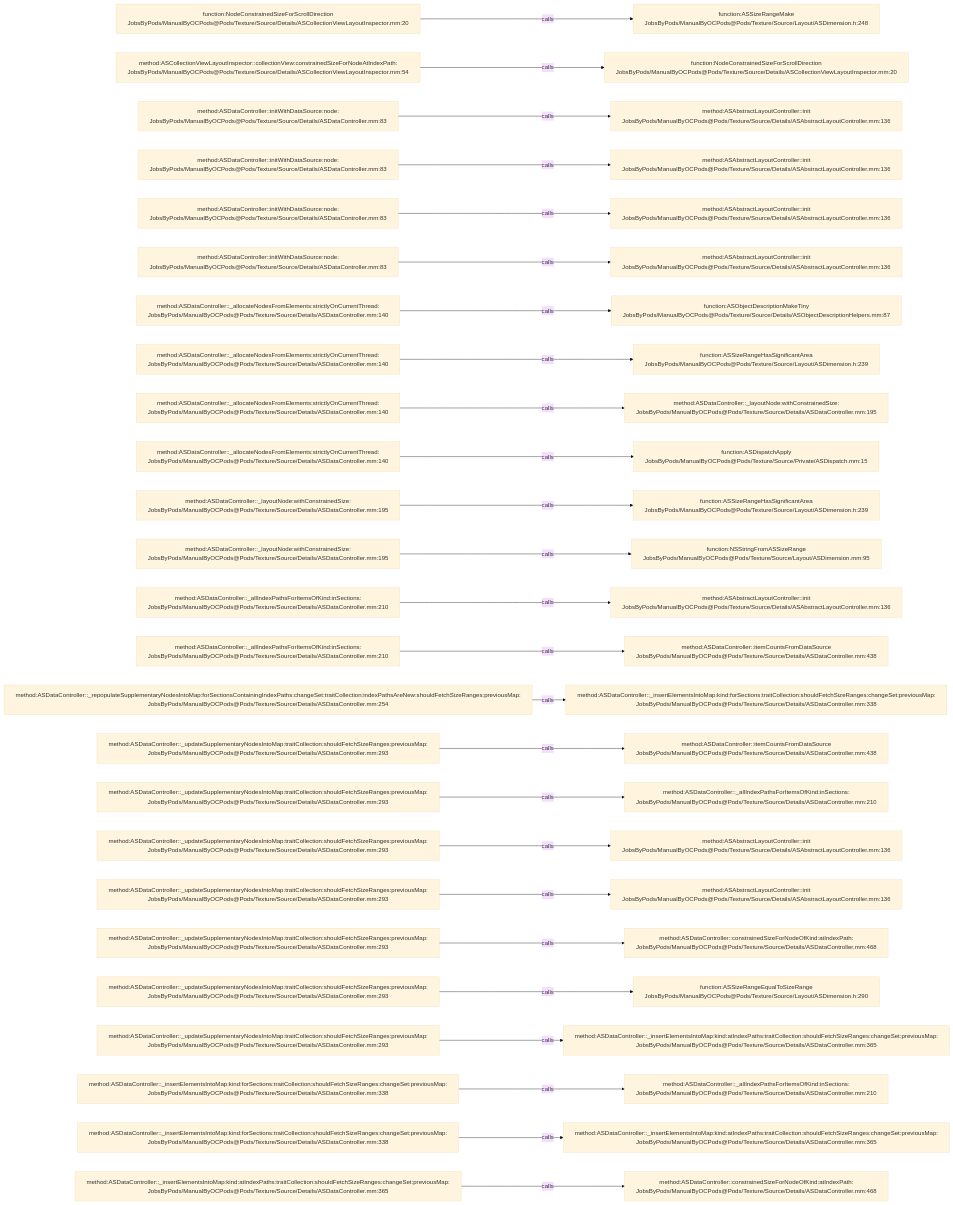
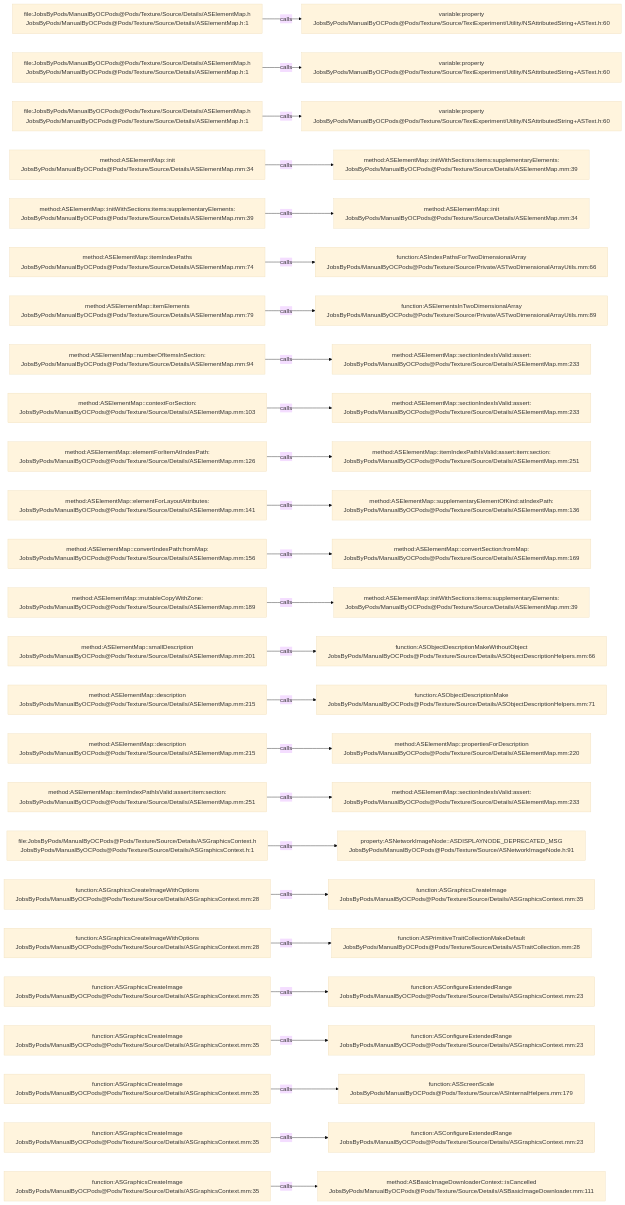
One commit to JobsKits/JobsOCBaseConfigDemo changed the diagram in .codegraph/codegraph.md/graphs/calls-155.md. Above: the diagram before and after it, drawn with Mermaid (base theme). The commit also changed 1353 other files, not shown here.

````diff
--- a/.codegraph/codegraph.md/graphs/calls-155.md
+++ b/.codegraph/codegraph.md/graphs/calls-155.md
@@ -13,78 +13,78 @@
 ```mermaid
 flowchart LR
-  S1["function:NodeConstrainedSizeForScrollDirection<br/>JobsByPods/ManualByOCPods@Pods/Texture/Source/Details/ASCollectionViewLayoutInspector.mm:20"]
-  T1["function:ASSizeRangeMake<br/>JobsByPods/ManualByOCPods@Pods/Texture/Source/Layout/ASDimension.h:248"]
+  S1["file:JobsByPods/ManualByOCPods@Pods/Texture/Source/Details/ASElementMap.h<br/>JobsByPods/ManualByOCPods@Pods/Texture/Source/Details/ASElementMap.h:1"]
+  T1["variable:property<br/>JobsByPods/ManualByOCPods@Pods/Texture/Source/TextExperiment/Utility/NSAttributedString+ASText.h:60"]
   S1 -->|calls| T1
-  S2["method:ASCollectionViewLayoutInspector::collectionView:constrainedSizeForNodeAtIndexPath:<br/>JobsByPods/ManualByOCPods@Pods/Texture/Source/Details/ASCollectionViewLayoutInspector.mm:54"]
-  T2["function:NodeConstrainedSizeForScrollDirection<br/>JobsByPods/ManualByOCPods@Pods/Texture/Source/Details/ASCollectionViewLayoutInspector.mm:20"]
+  S2["file:JobsByPods/ManualByOCPods@Pods/Texture/Source/Details/ASElementMap.h<br/>JobsByPods/ManualByOCPods@Pods/Texture/Source/Details/ASElementMap.h:1"]
+  T2["variable:property<br/>JobsByPods/ManualByOCPods@Pods/Texture/Source/TextExperiment/Utility/NSAttributedString+ASText.h:60"]
   S2 -->|calls| T2
-  S3["method:ASDataController::initWithDataSource:node:<br/>JobsByPods/ManualByOCPods@Pods/Texture/Source/Details/ASDataController.mm:83"]
-  T3["method:ASAbstractLayoutController::init<br/>JobsByPods/ManualByOCPods@Pods/Texture/Source/Details/ASAbstractLayoutController.mm:136"]
+  S3["file:JobsByPods/ManualByOCPods@Pods/Texture/Source/Details/ASElementMap.h<br/>JobsByPods/ManualByOCPods@Pods/Texture/Source/Details/ASElementMap.h:1"]
+  T3["variable:property<br/>JobsByPods/ManualByOCPods@Pods/Texture/Source/TextExperiment/Utility/NSAttributedString+ASText.h:60"]
   S3 -->|calls| T3
-  S4["method:ASDataController::initWithDataSource:node:<br/>JobsByPods/ManualByOCPods@Pods/Texture/Source/Details/ASDataController.mm:83"]
-  T4["method:ASAbstractLayoutController::init<br/>JobsByPods/ManualByOCPods@Pods/Texture/Source/Details/ASAbstractLayoutController.mm:136"]
+  S4["method:ASElementMap::init<br/>JobsByPods/ManualByOCPods@Pods/Texture/Source/Details/ASElementMap.mm:34"]
+  T4["method:ASElementMap::initWithSections:items:supplementaryElements:<br/>JobsByPods/ManualByOCPods@Pods/Texture/Source/Details/ASElementMap.mm:39"]
   S4 -->|calls| T4
-  S5["method:ASDataController::initWithDataSource:node:<br/>JobsByPods/ManualByOCPods@Pods/Texture/Source/Details/ASDataController.mm:83"]
-  T5["method:ASAbstractLayoutController::init<br/>JobsByPods/ManualByOCPods@Pods/Texture/Source/Details/ASAbstractLayoutController.mm:136"]
+  S5["method:ASElementMap::initWithSections:items:supplementaryElements:<br/>JobsByPods/ManualByOCPods@Pods/Texture/Source/Details/ASElementMap.mm:39"]
+  T5["method:ASElementMap::init<br/>JobsByPods/ManualByOCPods@Pods/Texture/Source/Details/ASElementMap.mm:34"]
   S5 -->|calls| T5
-  S6["method:ASDataController::initWithDataSource:node:<br/>JobsByPods/ManualByOCPods@Pods/Texture/Source/Details/ASDataController.mm:83"]
-  T6["method:ASAbstractLayoutController::init<br/>JobsByPods/ManualByOCPods@Pods/Texture/Source/Details/ASAbstractLayoutController.mm:136"]
+  S6["method:ASElementMap::itemIndexPaths<br/>JobsByPods/ManualByOCPods@Pods/Texture/Source/Details/ASElementMap.mm:74"]
+  T6["function:ASIndexPathsForTwoDimensionalArray<br/>JobsByPods/ManualByOCPods@Pods/Texture/Source/Private/ASTwoDimensionalArrayUtils.mm:66"]
   S6 -->|calls| T6
-  S7["method:ASDataController::_allocateNodesFromElements:strictlyOnCurrentThread:<br/>JobsByPods/ManualByOCPods@Pods/Texture/Source/Details/ASDataController.mm:140"]
-  T7["function:ASObjectDescriptionMakeTiny<br/>JobsByPods/ManualByOCPods@Pods/Texture/Source/Details/ASObjectDescriptionHelpers.mm:87"]
+  S7["method:ASElementMap::itemElements<br/>JobsByPods/ManualByOCPods@Pods/Texture/Source/Details/ASElementMap.mm:79"]
+  T7["function:ASElementsInTwoDimensionalArray<br/>JobsByPods/ManualByOCPods@Pods/Texture/Source/Private/ASTwoDimensionalArrayUtils.mm:89"]
   S7 -->|calls| T7
-  S8["method:ASDataController::_allocateNodesFromElements:strictlyOnCurrentThread:<br/>JobsByPods/ManualByOCPods@Pods/Texture/Source/Details/ASDataController.mm:140"]
-  T8["function:ASSizeRangeHasSignificantArea<br/>JobsByPods/ManualByOCPods@Pods/Texture/Source/Layout/ASDimension.h:239"]
+  S8["method:ASElementMap::numberOfItemsInSection:<br/>JobsByPods/ManualByOCPods@Pods/Texture/Source/Details/ASElementMap.mm:94"]
+  T8["method:ASElementMap::sectionIndexIsValid:assert:<br/>JobsByPods/ManualByOCPods@Pods/Texture/Source/Details/ASElementMap.mm:233"]
   S8 -->|calls| T8
-  S9["method:ASDataController::_allocateNodesFromElements:strictlyOnCurrentThread:<br/>JobsByPods/ManualByOCPods@Pods/Texture/Source/Details/ASDataController.mm:140"]
-  T9["method:ASDataController::_layoutNode:withConstrainedSize:<br/>JobsByPods/ManualByOCPods@Pods/Texture/Source/Details/ASDataController.mm:195"]
+  S9["method:ASElementMap::contextForSection:<br/>JobsByPods/ManualByOCPods@Pods/Texture/Source/Details/ASElementMap.mm:103"]
+  T9["method:ASElementMap::sectionIndexIsValid:assert:<br/>JobsByPods/ManualByOCPods@Pods/Texture/Source/Details/ASElementMap.mm:233"]
   S9 -->|calls| T9
-  S10["method:ASDataController::_allocateNodesFromElements:strictlyOnCurrentThread:<br/>JobsByPods/ManualByOCPods@Pods/Texture/Source/Details/ASDataController.mm:140"]
-  T10["function:ASDispatchApply<br/>JobsByPods/ManualByOCPods@Pods/Texture/Source/Private/ASDispatch.mm:15"]
+  S10["method:ASElementMap::elementForItemAtIndexPath:<br/>JobsByPods/ManualByOCPods@Pods/Texture/Source/Details/ASElementMap.mm:126"]
+  T10["method:ASElementMap::itemIndexPathIsValid:assert:item:section:<br/>JobsByPods/ManualByOCPods@Pods/Texture/Source/Details/ASElementMap.mm:251"]
   S10 -->|calls| T10
-  S11["method:ASDataController::_layoutNode:withConstrainedSize:<br/>JobsByPods/ManualByOCPods@Pods/Texture/Source/Details/ASDataController.mm:195"]
-  T11["function:ASSizeRangeHasSignificantArea<br/>JobsByPods/ManualByOCPods@Pods/Texture/Source/Layout/ASDimension.h:239"]
+  S11["method:ASElementMap::elementForLayoutAttributes:<br/>JobsByPods/ManualByOCPods@Pods/Texture/Source/Details/ASElementMap.mm:141"]
+  T11["method:ASElementMap::supplementaryElementOfKind:atIndexPath:<br/>JobsByPods/ManualByOCPods@Pods/Texture/Source/Details/ASElementMap.mm:136"]
   S11 -->|calls| T11
-  S12["method:ASDataController::_layoutNode:withConstrainedSize:<br/>JobsByPods/ManualByOCPods@Pods/Texture/Source/Details/ASDataController.mm:195"]
-  T12["function:NSStringFromASSizeRange<br/>JobsByPods/ManualByOCPods@Pods/Texture/Source/Layout/ASDimension.mm:95"]
+  S12["method:ASElementMap::convertIndexPath:fromMap:<br/>JobsByPods/ManualByOCPods@Pods/Texture/Source/Details/ASElementMap.mm:156"]
+  T12["method:ASElementMap::convertSection:fromMap:<br/>JobsByPods/ManualByOCPods@Pods/Texture/Source/Details/ASElementMap.mm:169"]
   S12 -->|calls| T12
-  S13["method:ASDataController::_allIndexPathsForItemsOfKind:inSections:<br/>JobsByPods/ManualByOCPods@Pods/Texture/Source/Details/ASDataController.mm:210"]
-  T13["method:ASAbstractLayoutController::init<br/>JobsByPods/ManualByOCPods@Pods/Texture/Source/Details/ASAbstractLayoutController.mm:136"]
+  S13["method:ASElementMap::mutableCopyWithZone:<br/>JobsByPods/ManualByOCPods@Pods/Texture/Source/Details/ASElementMap.mm:189"]
+  T13["method:ASElementMap::initWithSections:items:supplementaryElements:<br/>JobsByPods/ManualByOCPods@Pods/Texture/Source/Details/ASElementMap.mm:39"]
   S13 -->|calls| T13
-  S14["method:ASDataController::_allIndexPathsForItemsOfKind:inSections:<br/>JobsByPods/ManualByOCPods@Pods/Texture/Source/Details/ASDataController.mm:210"]
-  T14["method:ASDataController::itemCountsFromDataSource<br/>JobsByPods/ManualByOCPods@Pods/Texture/Source/Details/ASDataController.mm:438"]
+  S14["method:ASElementMap::smallDescription<br/>JobsByPods/ManualByOCPods@Pods/Texture/Source/Details/ASElementMap.mm:201"]
+  T14["function:ASObjectDescriptionMakeWithoutObject<br/>JobsByPods/ManualByOCPods@Pods/Texture/Source/Details/ASObjectDescriptionHelpers.mm:66"]
   S14 -->|calls| T14
-  S15["method:ASDataController::_repopulateSupplementaryNodesIntoMap:forSectionsContainingIndexPaths:changeSet:traitCollection:indexPathsAreNew:shouldFetchSizeRanges:previousMap:<br/>JobsByPods/ManualByOCPods@Pods/Texture/Source/Details/ASDataController.mm:254"]
-  T15["method:ASDataController::_insertElementsIntoMap:kind:forSections:traitCollection:shouldFetchSizeRanges:changeSet:previousMap:<br/>JobsByPods/ManualByOCPods@Pods/Texture/Source/Details/ASDataController.mm:338"]
+  S15["method:ASElementMap::description<br/>JobsByPods/ManualByOCPods@Pods/Texture/Source/Details/ASElementMap.mm:215"]
+  T15["function:ASObjectDescriptionMake<br/>JobsByPods/ManualByOCPods@Pods/Texture/Source/Details/ASObjectDescriptionHelpers.mm:71"]
   S15 -->|calls| T15
-  S16["method:ASDataController::_updateSupplementaryNodesIntoMap:traitCollection:shouldFetchSizeRanges:previousMap:<br/>JobsByPods/ManualByOCPods@Pods/Texture/Source/Details/ASDataController.mm:293"]
-  T16["method:ASDataController::itemCountsFromDataSource<br/>JobsByPods/ManualByOCPods@Pods/Texture/Source/Details/ASDataController.mm:438"]
+  S16["method:ASElementMap::description<br/>JobsByPods/ManualByOCPods@Pods/Texture/Source/Details/ASElementMap.mm:215"]
+  T16["method:ASElementMap::propertiesForDescription<br/>JobsByPods/ManualByOCPods@Pods/Texture/Source/Details/ASElementMap.mm:220"]
   S16 -->|calls| T16
-  S17["method:ASDataController::_updateSupplementaryNodesIntoMap:traitCollection:shouldFetchSizeRanges:previousMap:<br/>JobsByPods/ManualByOCPods@Pods/Texture/Source/Details/ASDataController.mm:293"]
-  T17["method:ASDataController::_allIndexPathsForItemsOfKind:inSections:<br/>JobsByPods/ManualByOCPods@Pods/Texture/Source/Details/ASDataController.mm:210"]
+  S17["method:ASElementMap::itemIndexPathIsValid:assert:item:section:<br/>JobsByPods/ManualByOCPods@Pods/Texture/Source/Details/ASElementMap.mm:251"]
+  T17["method:ASElementMap::sectionIndexIsValid:assert:<br/>JobsByPods/ManualByOCPods@Pods/Texture/Source/Details/ASElementMap.mm:233"]
   S17 -->|calls| T17
-  S18["method:ASDataController::_updateSupplementaryNodesIntoMap:traitCollection:shouldFetchSizeRanges:previousMap:<br/>JobsByPods/ManualByOCPods@Pods/Texture/Source/Details/ASDataController.mm:293"]
-  T18["method:ASAbstractLayoutController::init<br/>JobsByPods/ManualByOCPods@Pods/Texture/Source/Details/ASAbstractLayoutController.mm:136"]
+  S18["file:JobsByPods/ManualByOCPods@Pods/Texture/Source/Details/ASGraphicsContext.h<br/>JobsByPods/ManualByOCPods@Pods/Texture/Source/Details/ASGraphicsContext.h:1"]
+  T18["property:ASNetworkImageNode::ASDISPLAYNODE_DEPRECATED_MSG<br/>JobsByPods/ManualByOCPods@Pods/Texture/Source/ASNetworkImageNode.h:91"]
   S18 -->|calls| T18
-  S19["method:ASDataController::_updateSupplementaryNodesIntoMap:traitCollection:shouldFetchSizeRanges:previousMap:<br/>JobsByPods/ManualByOCPods@Pods/Texture/Source/Details/ASDataController.mm:293"]
-  T19["method:ASAbstractLayoutController::init<br/>JobsByPods/ManualByOCPods@Pods/Texture/Source/Details/ASAbstractLayoutController.mm:136"]
+  S19["function:ASGraphicsCreateImageWithOptions<br/>JobsByPods/ManualByOCPods@Pods/Texture/Source/Details/ASGraphicsContext.mm:28"]
+  T19["function:ASGraphicsCreateImage<br/>JobsByPods/ManualByOCPods@Pods/Texture/Source/Details/ASGraphicsContext.mm:35"]
   S19 -->|calls| T19
-  S20["method:ASDataController::_updateSupplementaryNodesIntoMap:traitCollection:shouldFetchSizeRanges:previousMap:<br/>JobsByPods/ManualByOCPods@Pods/Texture/Source/Details/ASDataController.mm:293"]
-  T20["method:ASDataController::constrainedSizeForNodeOfKind:atIndexPath:<br/>JobsByPods/ManualByOCPods@Pods/Texture/Source/Details/ASDataController.mm:468"]
+  S20["function:ASGraphicsCreateImageWithOptions<br/>JobsByPods/ManualByOCPods@Pods/Texture/Source/Details/ASGraphicsContext.mm:28"]
+  T20["function:ASPrimitiveTraitCollectionMakeDefault<br/>JobsByPods/ManualByOCPods@Pods/Texture/Source/Details/ASTraitCollection.mm:28"]
   S20 -->|calls| T20
-  S21["method:ASDataController::_updateSupplementaryNodesIntoMap:traitCollection:shouldFetchSizeRanges:previousMap:<br/>JobsByPods/ManualByOCPods@Pods/Texture/Source/Details/ASDataController.mm:293"]
-  T21["function:ASSizeRangeEqualToSizeRange<br/>JobsByPods/ManualByOCPods@Pods/Texture/Source/Layout/ASDimension.h:290"]
+  S21["function:ASGraphicsCreateImage<br/>JobsByPods/ManualByOCPods@Pods/Texture/Source/Details/ASGraphicsContext.mm:35"]
+  T21["function:ASConfigureExtendedRange<br/>JobsByPods/ManualByOCPods@Pods/Texture/Source/Details/ASGraphicsContext.mm:23"]
   S21 -->|calls| T21
-  S22["method:ASDataController::_updateSupplementaryNodesIntoMap:traitCollection:shouldFetchSizeRanges:previousMap:<br/>JobsByPods/ManualByOCPods@Pods/Texture/Source/Details/ASDataController.mm:293"]
-  T22["method:ASDataController::_insertElementsIntoMap:kind:atIndexPaths:traitCollection:shouldFetchSizeRanges:changeSet:previousMap:<br/>JobsByPods/ManualByOCPods@Pods/Texture/Source/Details/ASDataController.mm:365"]
+  S22["function:ASGraphicsCreateImage<br/>JobsByPods/ManualByOCPods@Pods/Texture/Source/Details/ASGraphicsContext.mm:35"]
+  T22["function:ASConfigureExtendedRange<br/>JobsByPods/ManualByOCPods@Pods/Texture/Source/Details/ASGraphicsContext.mm:23"]
   S22 -->|calls| T22
-  S23["method:ASDataController::_insertElementsIntoMap:kind:forSections:traitCollection:shouldFetchSizeRanges:changeSet:previousMap:<br/>JobsByPods/ManualByOCPods@Pods/Texture/Source/Details/ASDataController.mm:338"]
-  T23["method:ASDataController::_allIndexPathsForItemsOfKind:inSections:<br/>JobsByPods/ManualByOCPods@Pods/Texture/Source/Details/ASDataController.mm:210"]
+  S23["function:ASGraphicsCreateImage<br/>JobsByPods/ManualByOCPods@Pods/Texture/Source/Details/ASGraphicsContext.mm:35"]
+  T23["function:ASScreenScale<br/>JobsByPods/ManualByOCPods@Pods/Texture/Source/ASInternalHelpers.mm:179"]
   S23 -->|calls| T23
-  S24["method:ASDataController::_insertElementsIntoMap:kind:forSections:traitCollection:shouldFetchSizeRanges:changeSet:previousMap:<br/>JobsByPods/ManualByOCPods@Pods/Texture/Source/Details/ASDataController.mm:338"]
-  T24["method:ASDataController::_insertElementsIntoMap:kind:atIndexPaths:traitCollection:shouldFetchSizeRanges:changeSet:previousMap:<br/>JobsByPods/ManualByOCPods@Pods/Texture/Source/Details/ASDataController.mm:365"]
+  S24["function:ASGraphicsCreateImage<br/>JobsByPods/ManualByOCPods@Pods/Texture/Source/Details/ASGraphicsContext.mm:35"]
+  T24["function:ASConfigureExtendedRange<br/>JobsByPods/ManualByOCPods@Pods/Texture/Source/Details/ASGraphicsContext.mm:23"]
   S24 -->|calls| T24
-  S25["method:ASDataController::_insertElementsIntoMap:kind:atIndexPaths:traitCollection:shouldFetchSizeRanges:changeSet:previousMap:<br/>JobsByPods/ManualByOCPods@Pods/Texture/Source/Details/ASDataController.mm:365"]
-  T25["method:ASDataController::constrainedSizeForNodeOfKind:atIndexPath:<br/>JobsByPods/ManualByOCPods@Pods/Texture/Source/Details/ASDataController.mm:468"]
+  S25["function:ASGraphicsCreateImage<br/>JobsByPods/ManualByOCPods@Pods/Texture/Source/Details/ASGraphicsContext.mm:35"]
+  T25["method:ASBasicImageDownloaderContext::isCancelled<br/>JobsByPods/ManualByOCPods@Pods/Texture/Source/Details/ASBasicImageDownloader.mm:111"]
   S25 -->|calls| T25
 ```
````
